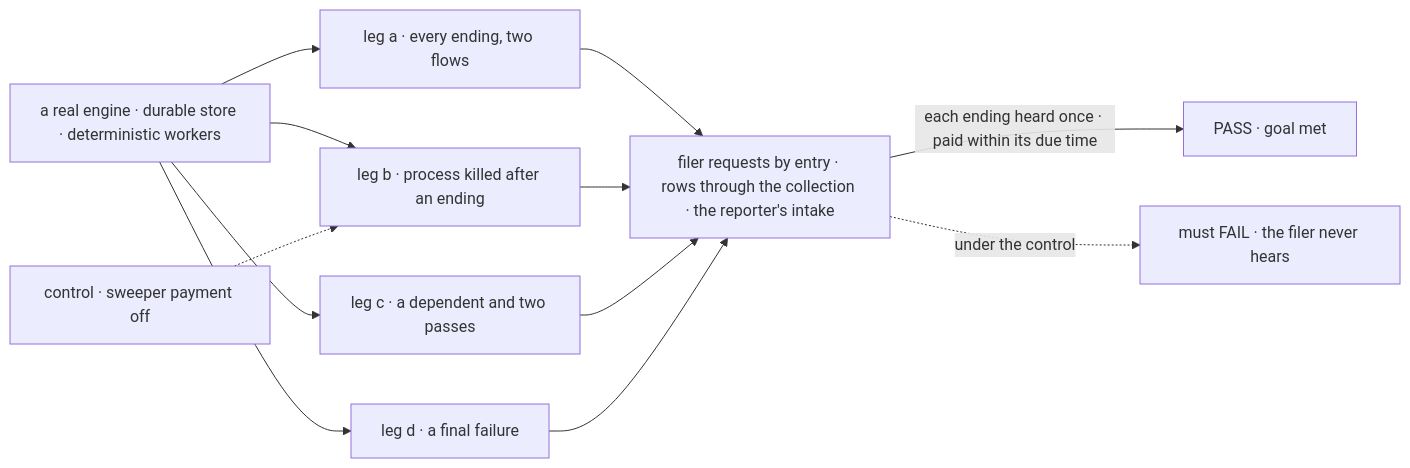
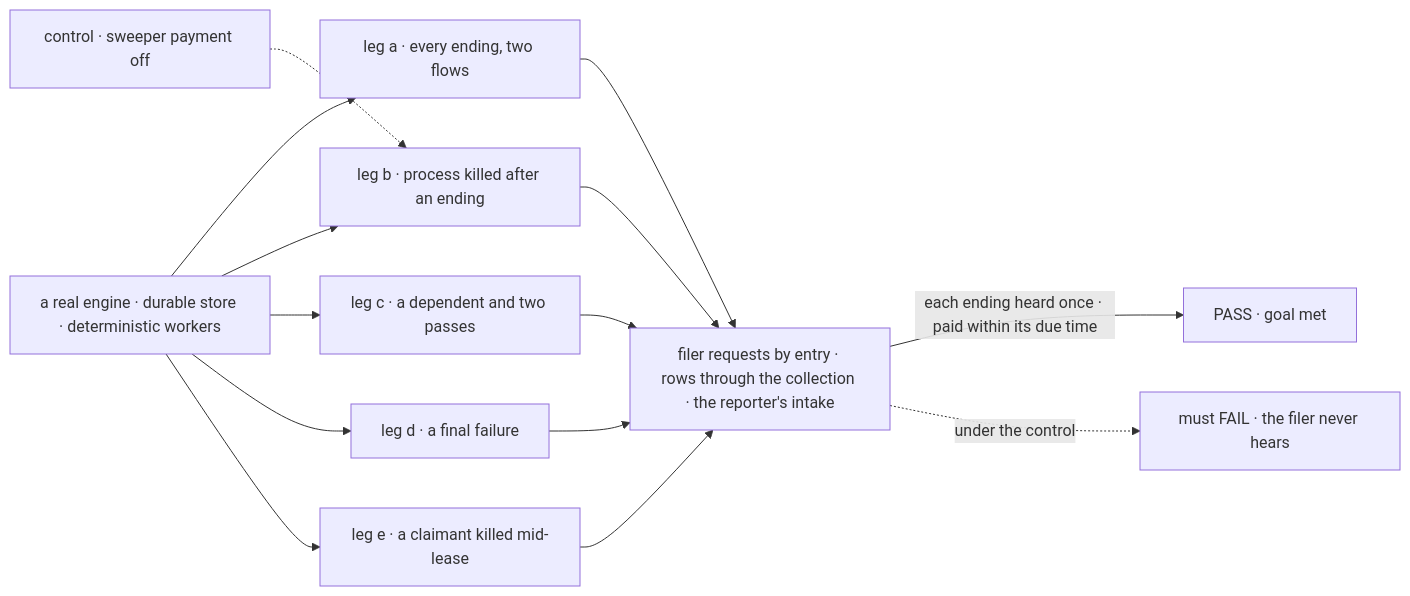
Before and after one commit to fixpoint-labs/flow-state-dev: the first of 2 diagrams in specs/issues/FIX-2078/SPEC.md, drawn with Mermaid. The commit also changed other lines of this file and 1 other file, not shown here.

````diff
--- a/specs/issues/FIX-2078/SPEC.md
+++ b/specs/issues/FIX-2078/SPEC.md
@@ -29,14 +34,16 @@
 ```mermaid
 flowchart LR
   A["a real engine · durable store · deterministic workers"] --> L1["leg a · every ending, two flows"]
   A --> L2["leg b · process killed after an ending"]
   A --> L3["leg c · a dependent and two passes"]
   A --> L4["leg d · a final failure"]
+  A --> L5["leg e · a claimant killed mid-lease"]
   L1 --> R["filer requests by entry · rows through the collection · the reporter's intake"]
   L2 --> R
   L3 --> R
   L4 --> R
+  L5 --> R
   R -->|"each ending heard once · paid within its due time"| P["PASS · goal met"]
   C["control · sweeper payment off"] -.-> L2
   R -.->|"under the control"| F["must FAIL · the filer never hears"]
 ```
````
